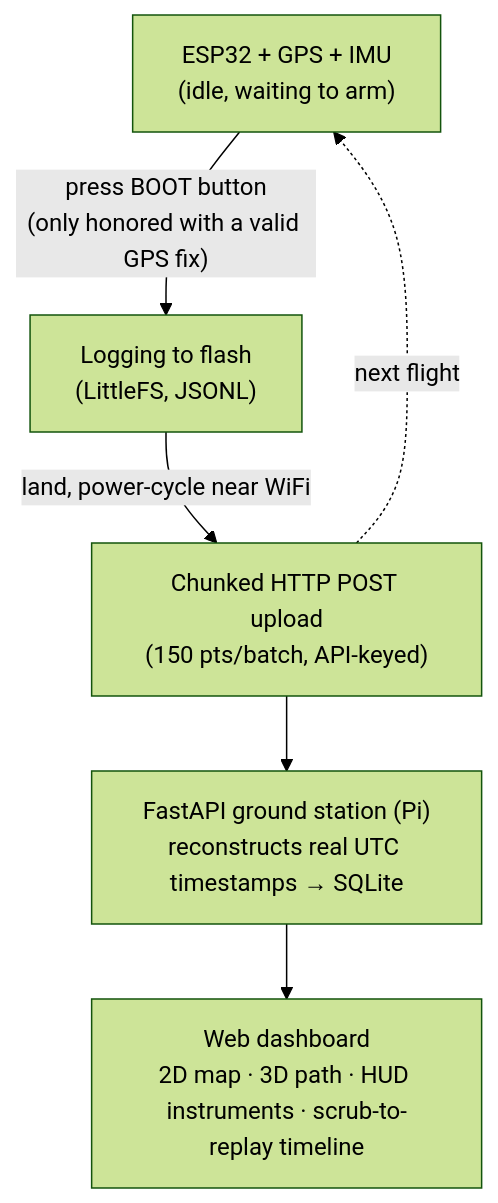
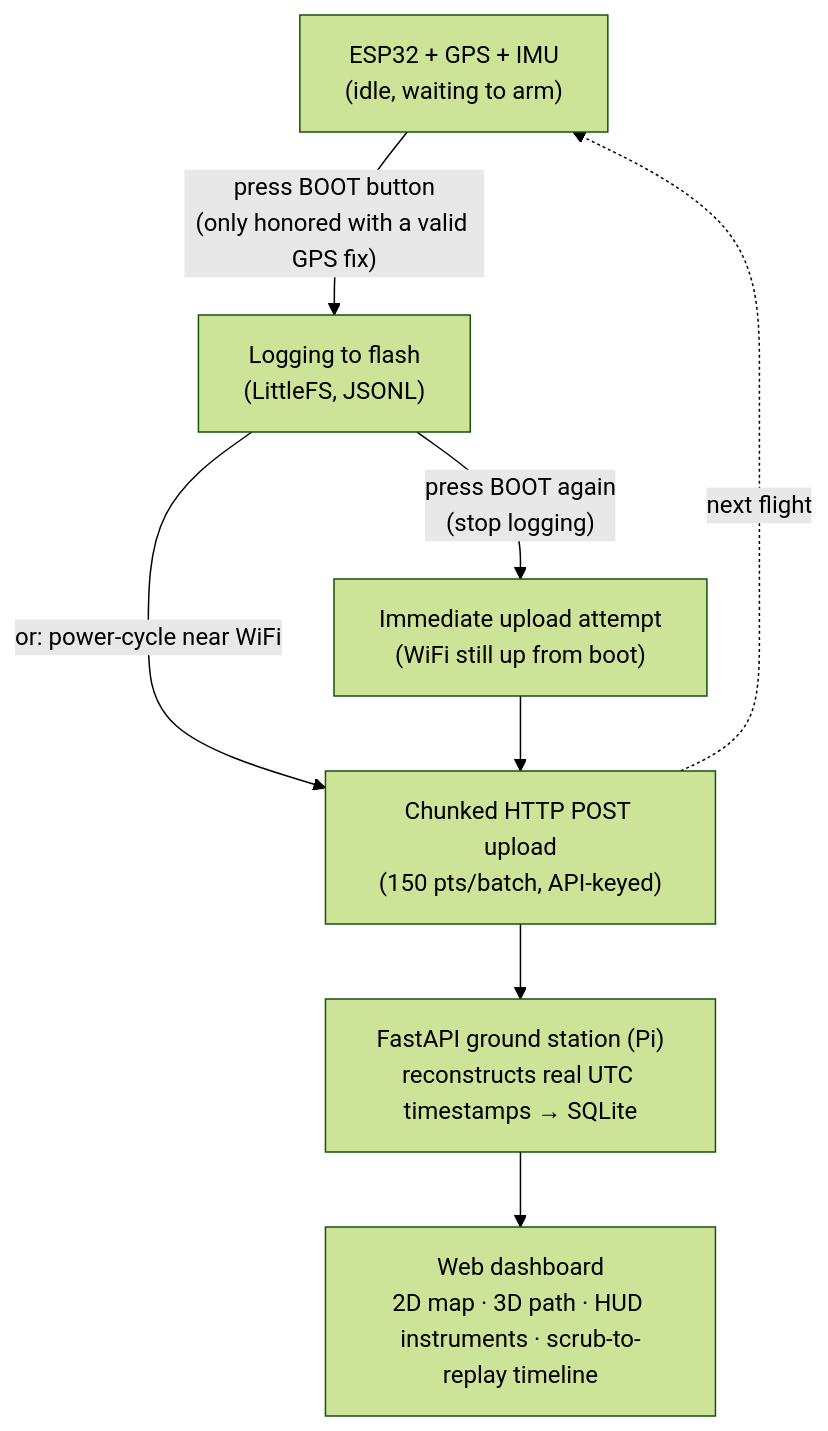
Before and after one commit to BenHoldcraft542/Drone-Flight-Logger: the diagram in README.md, drawn with Mermaid (forest theme). The commit also changed other lines of this file and 3 other files, not shown here.

````diff
--- a/README.md
+++ b/README.md
@@ -32,8 +32,10 @@
 ```mermaid
 flowchart TD
     A["ESP32 + GPS + IMU<br/>(idle, waiting to arm)"] -->|"press BOOT button<br/>(only honored with a valid GPS fix)"| B["Logging to flash<br/>(LittleFS, JSONL)"]
-    B -->|"land, power-cycle near WiFi"| C["Chunked HTTP POST upload<br/>(150 pts/batch, API-keyed)"]
+    B -->|"press BOOT again<br/>(stop logging)"| B2["Immediate upload attempt<br/>(WiFi still up from boot)"]
+    B -->|"or: power-cycle near WiFi"| C["Chunked HTTP POST upload<br/>(150 pts/batch, API-keyed)"]
+    B2 --> C
     C --> D["FastAPI ground station (Pi)<br/>reconstructs real UTC timestamps → SQLite"]
     D --> E["Web dashboard<br/>2D map · 3D path · HUD instruments · scrub-to-replay timeline"]
     C -.->|"next flight"| A
 ```
````
